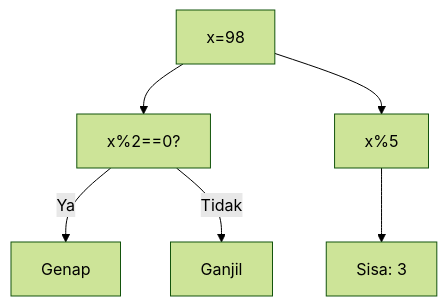
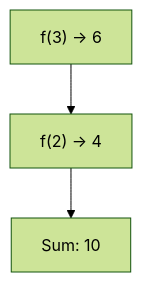
One commit to amnahwaida/OSNK_INF_PREP changed diagram 12 of 25 in part-c-pemahaman-cpp/04-fungsi/latihan/set-12.md. Above: the diagram before and after it, drawn with Mermaid (forest theme). The commit also changed other lines of this file and 71 other files, not shown here.

````diff
--- a/part-c-pemahaman-cpp/04-fungsi/latihan/set-12.md
+++ b/part-c-pemahaman-cpp/04-fungsi/latihan/set-12.md
@@ -377,8 +312,5 @@
 ```mermaid
 graph TD
-A["x=98"] --> B["x%2==0?"]
-B -- Ya --> C["Genap"]
-B -- Tidak --> D["Ganjil"]
-A --> E["x%5"]
-E --> F["Sisa: 3"]
+A["f(3) -> 6"] --> B["f(2) -> 4"]
+B --> C["Sum: 10"]
 ```
````
